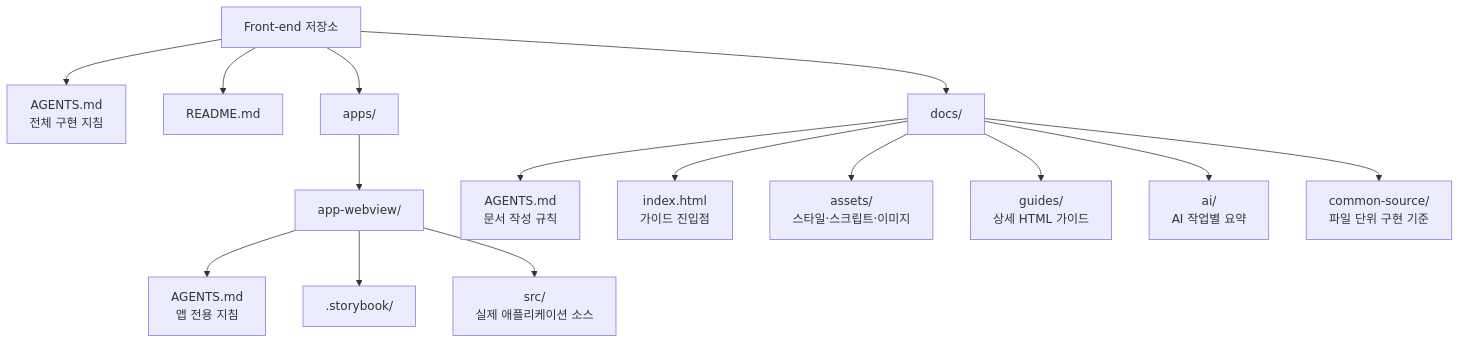
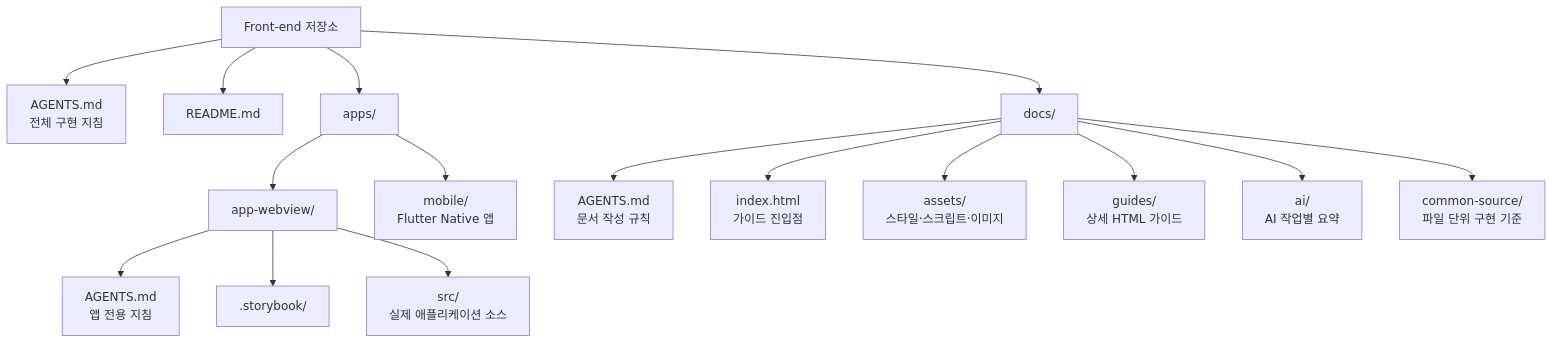
Before and after one commit to minsukong/lounge-docs: the first of 3 diagrams in AGENTS.md, drawn with Mermaid. The commit also changed other lines of this file and 9 other files, not shown here.

```diff
--- a/AGENTS.md
+++ b/AGENTS.md
@@ -102,19 +103,20 @@
   <div class="mermaid">
 flowchart TB
   accTitle: 실제 Front-end 저장소의 문서와 소스 구조
   accDescr: 저장소 루트에는 전체 구현 지침이 있고, apps에는 WebView 애플리케이션 소스와 Storybook이 있으며, docs에는 문서 작성 규칙, 상세 HTML 가이드, AI 요약, 공통 소스 구현 기준과 문서 자산이 배치됩니다.
   R["Front-end 저장소"] --> RA["AGENTS.md<br/>전체 구현 지침"]
   R --> RM["README.md"]
   R --> APPS["apps/"]
   R --> DOCS["docs/"]
   APPS --> APP["app-webview/"]
+  APPS --> MOBILE["mobile/<br/>Flutter Native 앱"]
   APP --> AA["AGENTS.md<br/>앱 전용 지침"]
   APP --> SB[".storybook/"]
   APP --> SRC["src/<br/>실제 애플리케이션 소스"]
   DOCS --> DA["AGENTS.md<br/>문서 작성 규칙"]
   DOCS --> DI["index.html<br/>가이드 진입점"]
   DOCS --> AS["assets/<br/>스타일·스크립트·이미지"]
   DOCS --> GD["guides/<br/>상세 HTML 가이드"]
   DOCS --> AI["ai/<br/>AI 작업별 요약"]
   DOCS --> CS["common-source/<br/>파일 단위 구현 기준"]
   </div>
```
